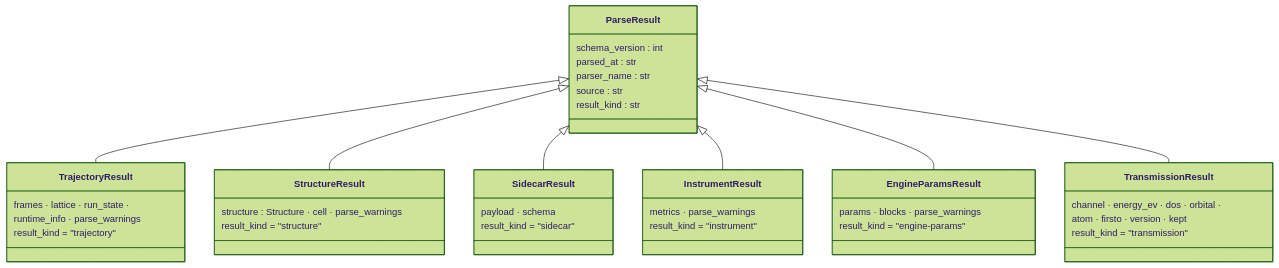
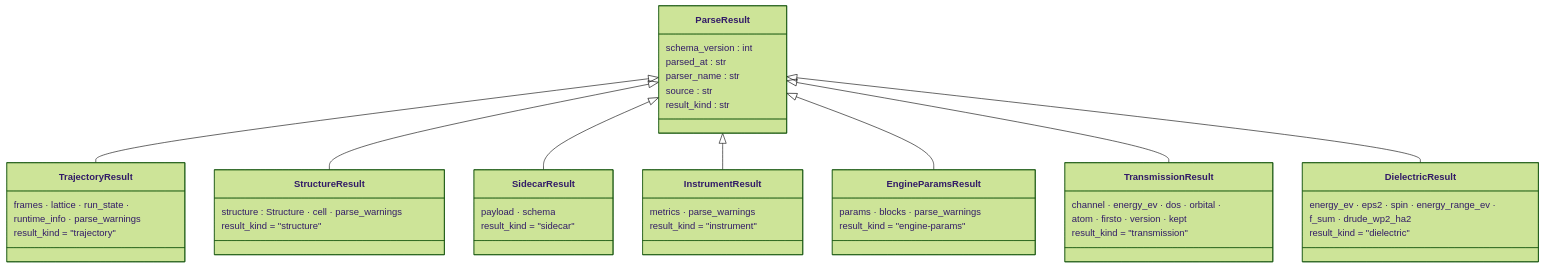
The first of 5 diagrams in docs/model/parse.md (Qing-LAB/molbuilder), drawn with Mermaid (forest theme) before and after one commit. The commit also changed other lines of this file and 41 other files, not shown here.

````diff
--- a/docs/model/parse.md
+++ b/docs/model/parse.md
@@ -117,42 +117,48 @@
 ```mermaid
 classDiagram
     class ParseResult {
         schema_version : int
         parsed_at : str
         parser_name : str
         source : str
         result_kind : str
     }
     class TrajectoryResult {
         frames · lattice · run_state ·
         runtime_info · parse_warnings
         result_kind = "trajectory"
     }
     class StructureResult {
         structure : Structure · cell · parse_warnings
         result_kind = "structure"
     }
     class SidecarResult {
         payload · schema
         result_kind = "sidecar"
     }
     class InstrumentResult {
         metrics · parse_warnings
         result_kind = "instrument"
     }
     class EngineParamsResult {
         params · blocks · parse_warnings
         result_kind = "engine-params"
     }
     class TransmissionResult {
         channel · energy_ev · dos · orbital ·
         atom · firsto · version · kept
         result_kind = "transmission"
     }
+    class DielectricResult {
+        energy_ev · eps2 · spin · energy_range_ev ·
+        f_sum · drude_wp2_ha2
+        result_kind = "dielectric"
+    }
     ParseResult <|-- TrajectoryResult
     ParseResult <|-- StructureResult
     ParseResult <|-- SidecarResult
     ParseResult <|-- InstrumentResult
     ParseResult <|-- EngineParamsResult
     ParseResult <|-- TransmissionResult
+    ParseResult <|-- DielectricResult
 ```
````
